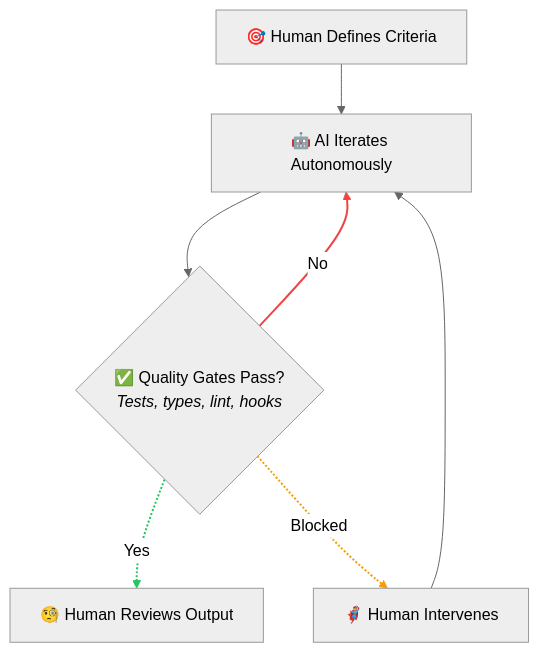
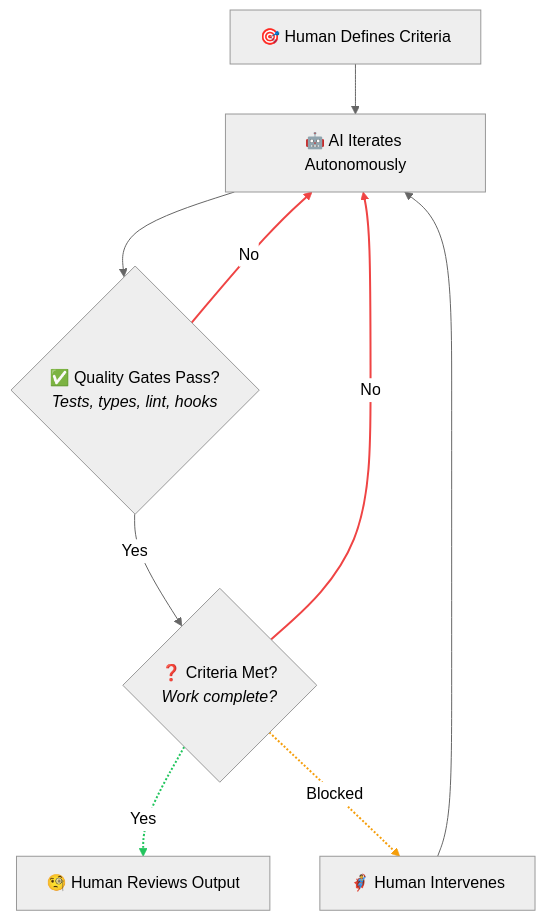
Before and after one commit to TheBushidoCollective/han: the second of 12 diagrams in website/content/papers/ai-dlc-2026.md, drawn with Mermaid (neutral theme).

Commit message:
fix(website): add two-stage validation to HOTL diagram
- First stage: Quality Gates Pass? (tests, types, lint, hooks)
- Second stage: Criteria Met? (work complete?)
- Shows proper flow: gates THEN criteria check
- Both "No" paths loop back to AI iteration
- Reflects backpressure methodology with automated quality gates plus completion criteria

````diff
--- a/website/content/papers/ai-dlc-2026.md
+++ b/website/content/papers/ai-dlc-2026.md
@@ -133,13 +133,16 @@
 ```mermaid
 flowchart TB
     B1["🎯 Human Defines Criteria"] --> B2["🤖 AI Iterates Autonomously"]
     B2 --> B3{"✅ Quality Gates Pass?<br/><i>Tests, types, lint, hooks</i>"}
     B3 -->|"No"| B2
-    B3 -.->|"Yes"| B4["🧐 Human Reviews Output"]
-    B3 -.->|"Blocked"| B5["🦸 Human Intervenes"]
-    B5 --> B2
+    B3 -->|"Yes"| B4{"❓ Criteria Met?<br/><i>Work complete?</i>"}
+    B4 -->|"No"| B2
+    B4 -.->|"Yes"| B5["🧐 Human Reviews Output"]
+    B4 -.->|"Blocked"| B6["🦸 Human Intervenes"]
+    B6 --> B2
 
     linkStyle 2 stroke:#ef4444,stroke-width:2px
-    linkStyle 3 stroke:#22c55e,stroke-width:2px
-    linkStyle 4 stroke:#f59e0b,stroke-width:2px
+    linkStyle 4 stroke:#ef4444,stroke-width:2px
+    linkStyle 5 stroke:#22c55e,stroke-width:2px
+    linkStyle 6 stroke:#f59e0b,stroke-width:2px
 ```
````
